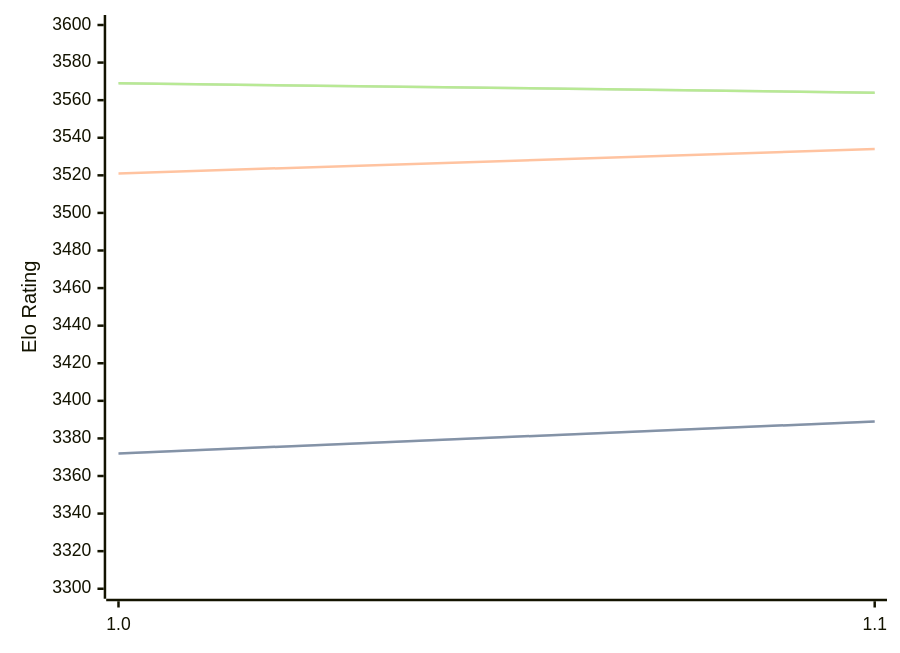
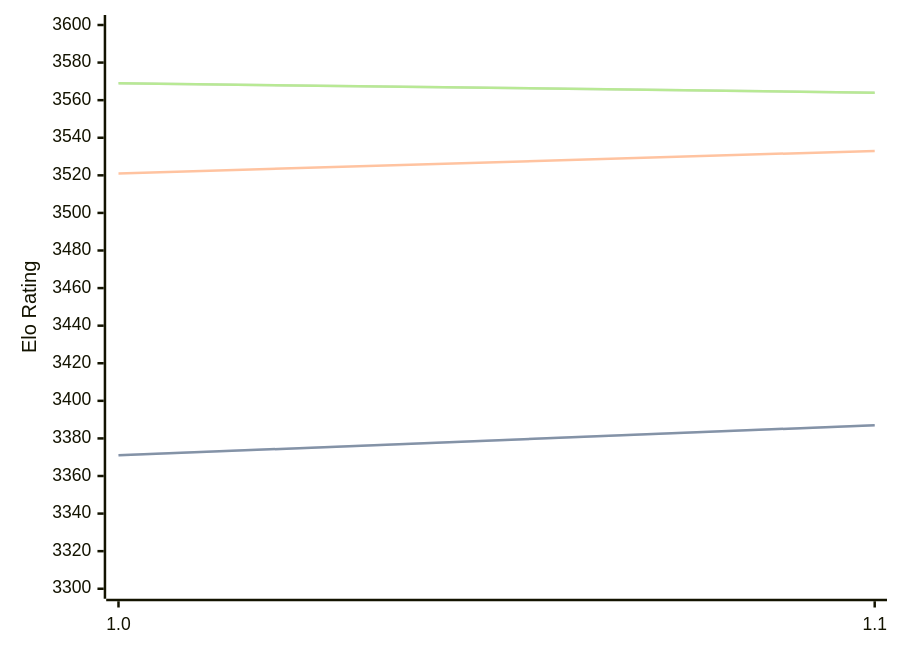
Before and after one commit to computer-chess-index/cci: the diagram in engines/Horsie.md, drawn with Mermaid. The commit also changed other lines of this file, not shown here.

Commit message:
Update CCI Ratings (ELO VLTC) - 2026-03-12

````diff
--- a/engines/Horsie.md
+++ b/engines/Horsie.md
@@ -30,11 +30,11 @@
 ```mermaid
 %%{init: {"theme":"base","themeVariables":{"seriesColors:['#a3a3a3','#222221','#faa371']}}}%%
 xychart-beta
   x-axis ["1.0", "1.1"]
   y-axis "Elo Rating" 3300 --> 3600
-  line "STC (8.0+0.08s)" [3372, 3389]
-  line "STC (8.0+0.08s)" [3372, 3389]
-  line "LTC (60.0+0.60s)" [3521, 3534]
+  line "STC (8.0+0.08s)" [3371, 3387]
+  line "STC (8.0+0.08s)" [3371, 3387]
+  line "LTC (60.0+0.60s)" [3521, 3533]
   line "VLTC (2m24s+1.12s)" [3569, 3564]
   line "VLTC (2m24s+1.12s)" [3569, 3564]
 ```
````
